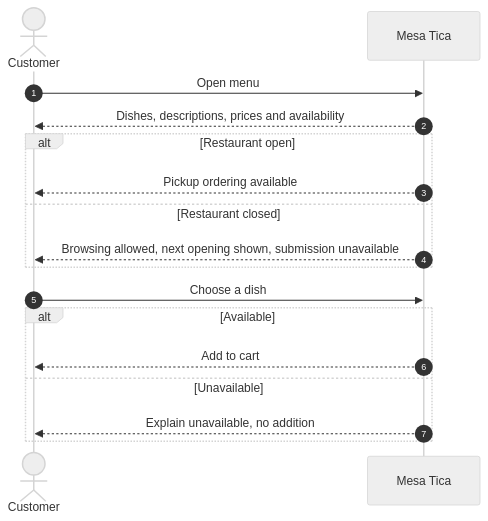
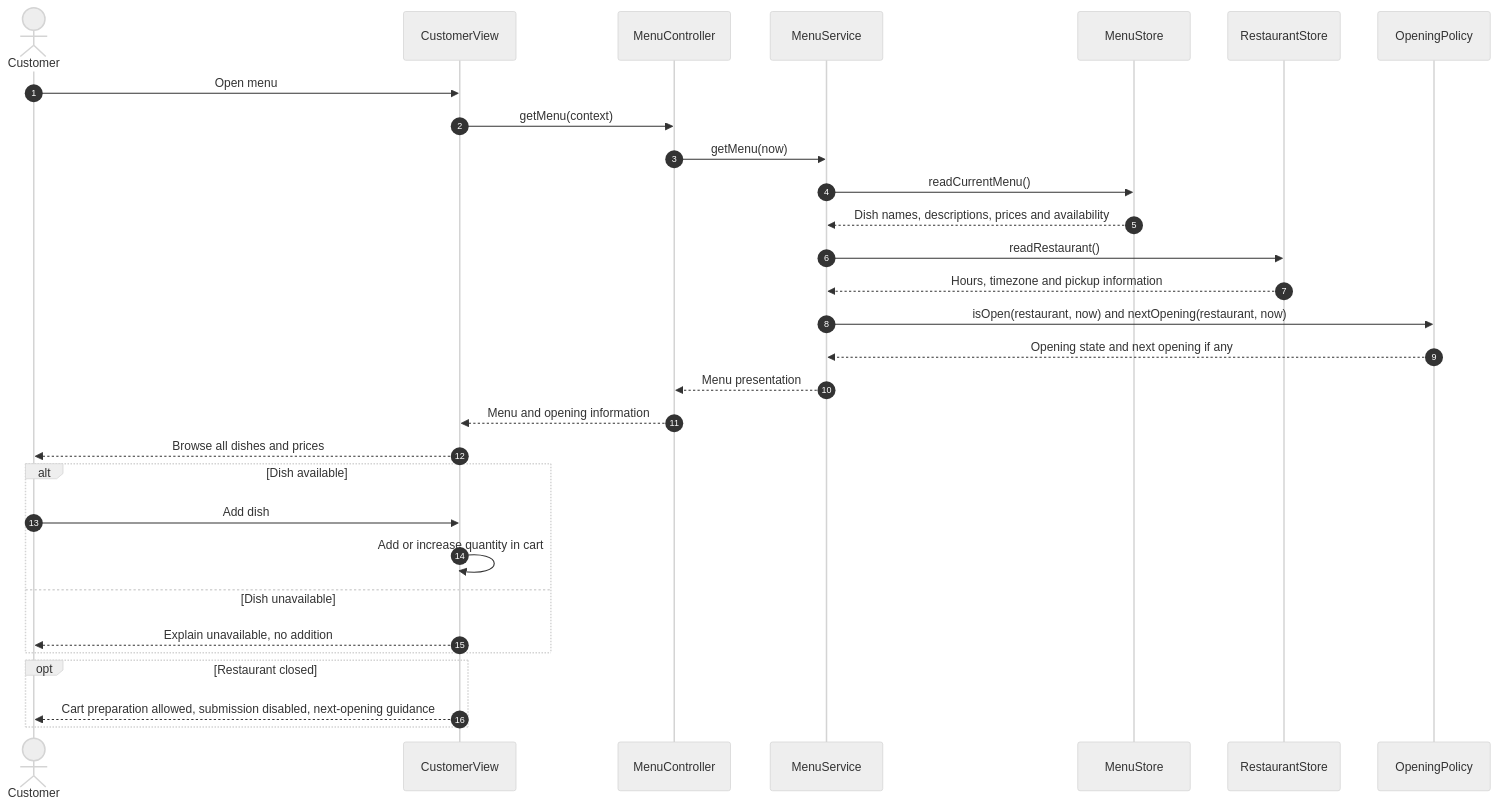
The diagram in design/diagrams/A1-menu.mmd (axantillon/mesa-tica), drawn with Mermaid (neutral theme) before and after one commit. The commit also changed 16 other files, not shown here.

Commit message:
Define framework-agnostic architecture and detailed interaction design

```diff
--- a/design/diagrams/A1-menu.mmd
+++ b/design/diagrams/A1-menu.mmd
@@ -1,17 +1,30 @@
 sequenceDiagram
     autonumber
     actor Customer
-    participant Product as Mesa Tica
-    Customer->>Product: Open menu
-    Product-->>Customer: Dishes, descriptions, prices and availability
-    alt Restaurant open
-    Product-->>Customer: Pickup ordering available
-    else Restaurant closed
-    Product-->>Customer: Browsing allowed, next opening shown, submission unavailable
+    participant UI as CustomerView
+    participant C as MenuController
+    participant S as MenuService
+    participant M as MenuStore
+    participant R as RestaurantStore
+    participant P as OpeningPolicy
+    Customer->>UI: Open menu
+    UI->>C: getMenu(context)
+    C->>S: getMenu(now)
+    S->>M: readCurrentMenu()
+    M-->>S: Dish names, descriptions, prices and availability
+    S->>R: readRestaurant()
+    R-->>S: Hours, timezone and pickup information
+    S->>P: isOpen(restaurant, now) and nextOpening(restaurant, now)
+    P-->>S: Opening state and next opening if any
+    S-->>C: Menu presentation
+    C-->>UI: Menu and opening information
+    UI-->>Customer: Browse all dishes and prices
+    alt Dish available
+    Customer->>UI: Add dish
+    UI->>UI: Add or increase quantity in cart
+    else Dish unavailable
+    UI-->>Customer: Explain unavailable, no addition
     end
-    Customer->>Product: Choose a dish
-    alt Available
-    Product-->>Customer: Add to cart
-    else Unavailable
-    Product-->>Customer: Explain unavailable, no addition
+    opt Restaurant closed
+    UI-->>Customer: Cart preparation allowed, submission disabled, next-opening guidance
     end
```
